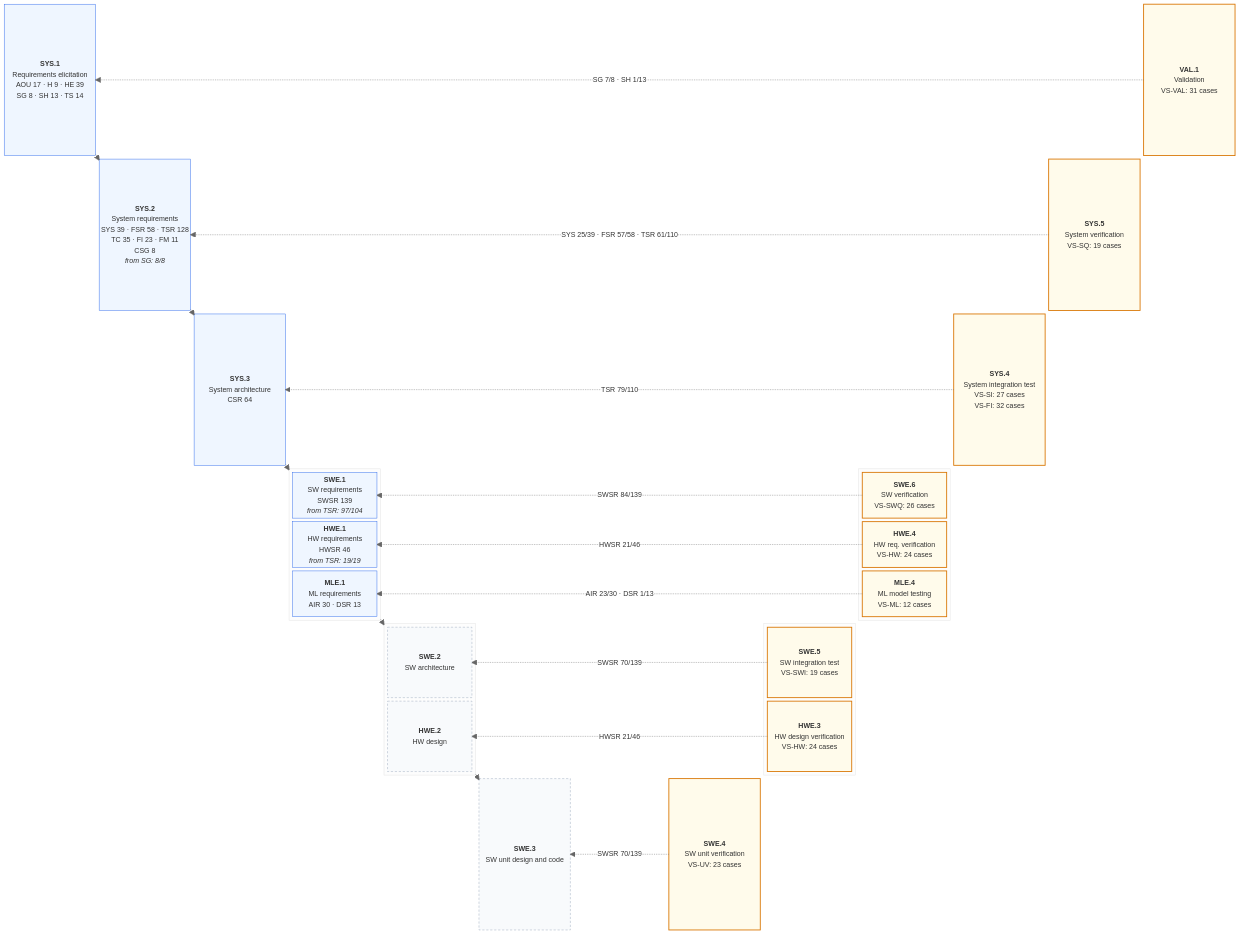
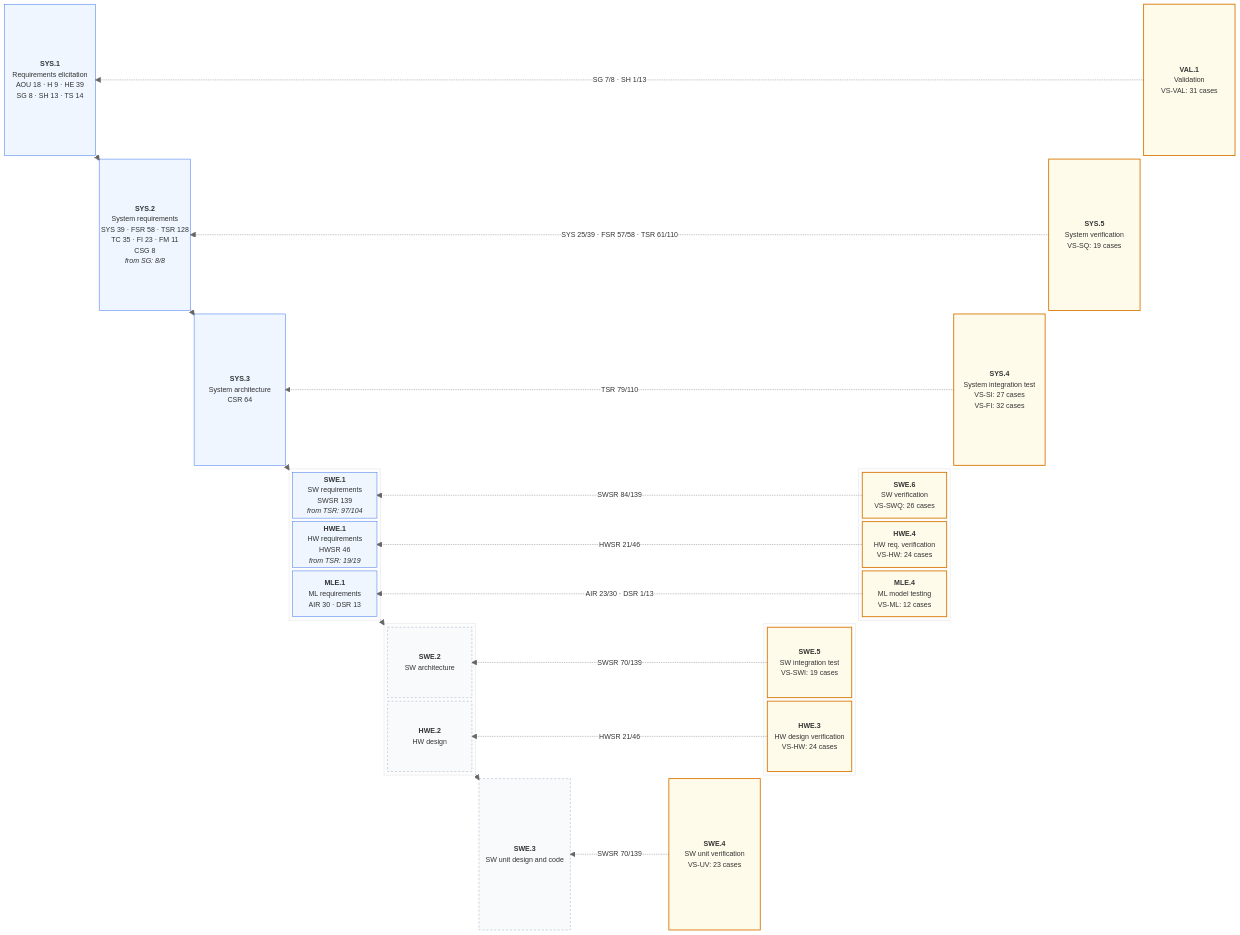
The first of 2 diagrams in assurance/trace/maps/aspice-trace-map.md (jherrodthomas/LionDriver), drawn with Mermaid (neutral theme) before and after one commit. The commit also changed other lines of this file and 16 other files, not shown here.

````diff
--- a/assurance/trace/maps/aspice-trace-map.md
+++ b/assurance/trace/maps/aspice-trace-map.md
@@ -22,7 +22,7 @@
 ```mermaid
 block-beta
   columns 13
-  SYS1["<b>SYS.1</b><br/>Requirements elicitation<br/>AOU 17 · H 9 · HE 39<br/>SG 8 · SH 13 · TS 14"]
+  SYS1["<b>SYS.1</b><br/>Requirements elicitation<br/>AOU 18 · H 9 · HE 39<br/>SG 8 · SH 13 · TS 14"]
   space
   space
   space
````
